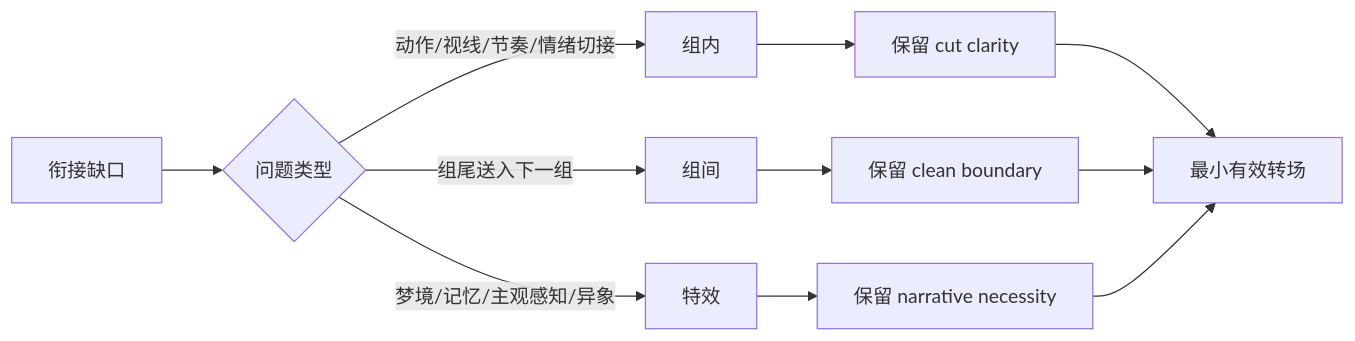
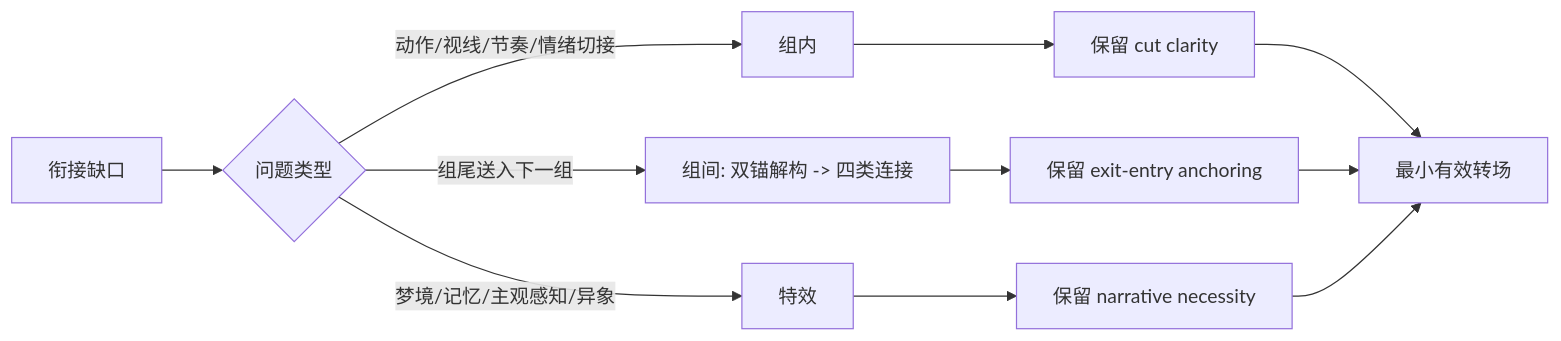
Before and after one commit to ZEN-VOID/AI-CUT: the second of 3 diagrams in .agents/skills/aigc/3-Detail/2-镜花/4-转场特效/SKILL.md, drawn with Mermaid. The commit also changed other lines of this file and 291 other files, not shown here.

````diff
--- a/.agents/skills/aigc/3-Detail/2-镜花/4-转场特效/SKILL.md
+++ b/.agents/skills/aigc/3-Detail/2-镜花/4-转场特效/SKILL.md
@@ -121,13 +123,13 @@
 ```mermaid
 flowchart LR
     A["衔接缺口"] --> B{"问题类型"}
     B -->|"动作/视线/节奏/情绪切接"| C["组内"]
-    B -->|"组尾送入下一组"| D["组间"]
+    B -->|"组尾送入下一组"| D["组间: 双锚解构 -> 四类连接"]
     B -->|"梦境/记忆/主观感知/异象"| E["特效"]
     C --> F["保留 cut clarity"]
-    D --> G["保留 clean boundary"]
+    D --> G["保留 exit-entry anchoring"]
     E --> H["保留 narrative necessity"]
     F --> I["最小有效转场"]
     G --> I
     H --> I
 ```
````
